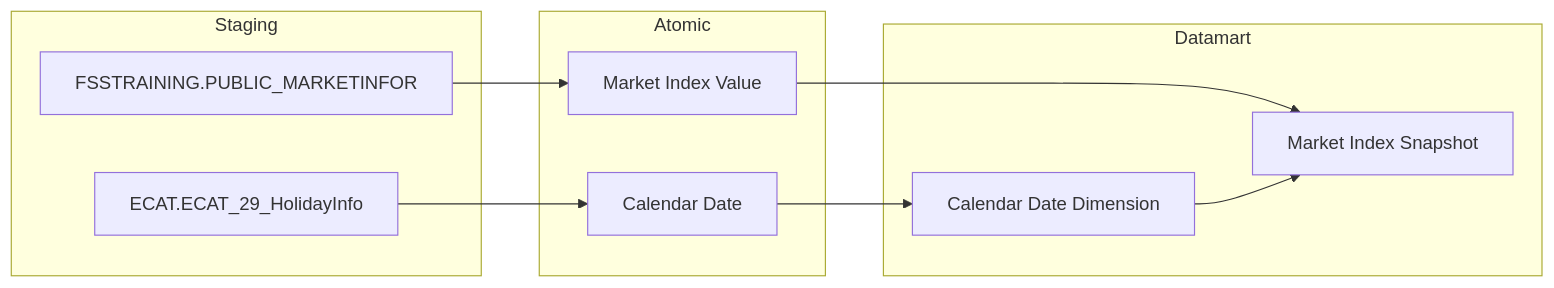
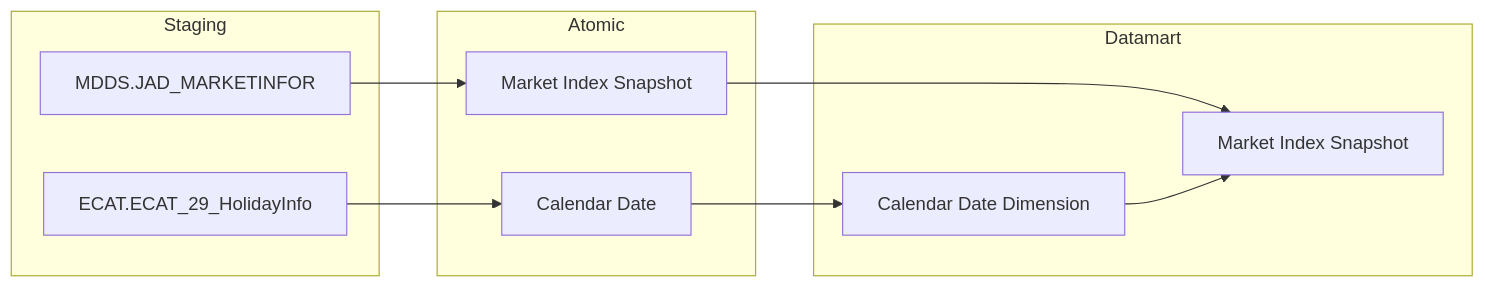
The ninth of 30 diagrams in Datamart/hld/DTM_QLKD_HLD.md (linhlvit/ubck_atomic_design), drawn with Mermaid before and after one commit. The commit also changed other lines of this file and 35 other files, not shown here.

````diff
--- a/Datamart/hld/DTM_QLKD_HLD.md
+++ b/Datamart/hld/DTM_QLKD_HLD.md
@@ -308,25 +358,25 @@
 ```mermaid
 flowchart LR
     subgraph SRC["Staging"]
-        S1["FSSTRAINING.PUBLIC_MARKETINFOR"]
+        S1["MDDS.JAD_MARKETINFOR"]
         ECAT_ECAT_29_HolidayInfo["ECAT.ECAT_29_HolidayInfo"]
     end
 
     subgraph SIL["Atomic"]
-        SV1["Market Index Value"]
+        SV1["Market Index Snapshot"]
         Calendar_Date["Calendar Date"]
     end
 
     subgraph Datamart["Datamart"]
         G1["Market Index Snapshot"]
         G2["Calendar Date Dimension"]
     end
 
     S1 --> SV1
     ECAT_ECAT_29_HolidayInfo --> Calendar_Date
 
     SV1 --> G1
     Calendar_Date --> G2
 
     G2 --> G1
 ```
````
